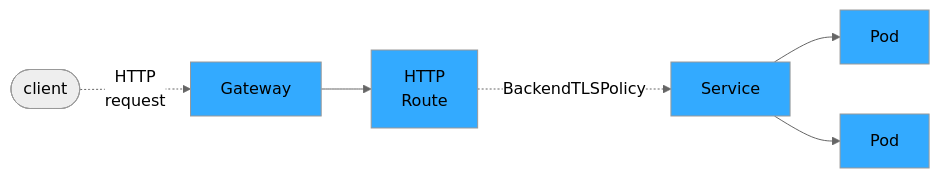
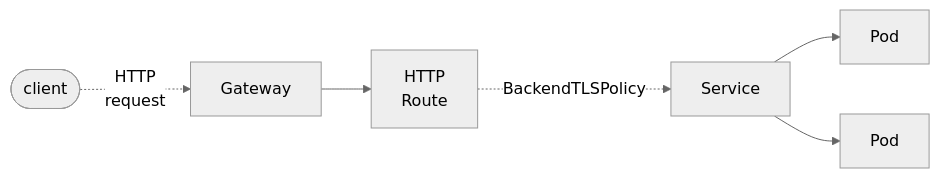
The second of 2 diagrams in site-src/api-types/backendtlspolicy.md (kubernetes-sigs/gateway-api), drawn with Mermaid (neutral theme) before and after one commit.

Commit message:
remove style

````diff
--- a/site-src/api-types/backendtlspolicy.md
+++ b/site-src/api-types/backendtlspolicy.md
@@ -68,18 +68,13 @@
 ```mermaid
 flowchart LR
     client(["client"])
     gateway["Gateway"]
-    style gateway fill:#3af
     httproute["HTTP<BR>Route"]
-    style httproute fill:#3af
     service["Service"]
-    style service fill:#3af
     pod1["Pod"]
-    style pod1 fill:#3af
     pod2["Pod"]
-    style pod2 fill:#3af
     client -.->|HTTP <br> request| gateway
     gateway --> httproute
     httproute -.->|BackendTLSPolicy|service
     service --> pod1 & pod2
 ```
````
